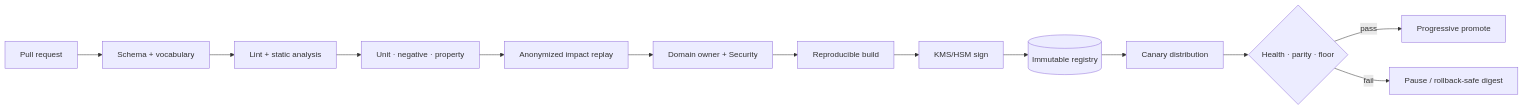
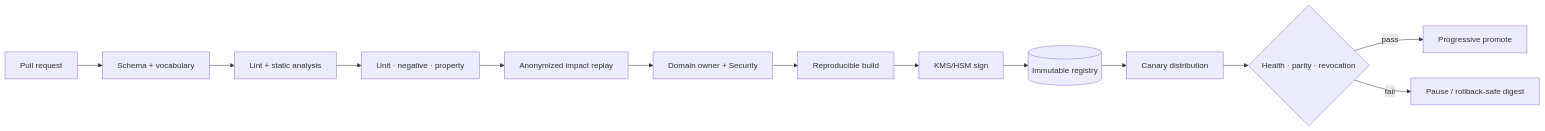
Before and after one commit to huynv-xyz/vhm: the eighth of 16 diagrams in zero-trust.md, drawn with Mermaid. The commit also changed other lines of this file, not shown here.

````diff
--- a/zero-trust.md
+++ b/zero-trust.md
@@ -782,15 +1065,15 @@
 ```mermaid
 flowchart LR
     PR[Pull request] --> SCHEMA[Schema + vocabulary]
     SCHEMA --> LINT[Lint + static analysis]
     LINT --> TEST[Unit · negative · property]
     TEST --> IMPACT[Anonymized impact replay]
     IMPACT --> APPROVE[Domain owner + Security]
     APPROVE --> BUILD[Reproducible build]
     BUILD --> SIGN[KMS/HSM sign]
     SIGN --> REG[(Immutable registry)]
     REG --> CANARY[Canary distribution]
-    CANARY --> GATE{Health · parity · floor}
+    CANARY --> GATE{Health · parity · revocation}
     GATE -->|pass| PROMOTE[Progressive promote]
     GATE -->|fail| PAUSE[Pause / rollback-safe digest]
 ```
````
